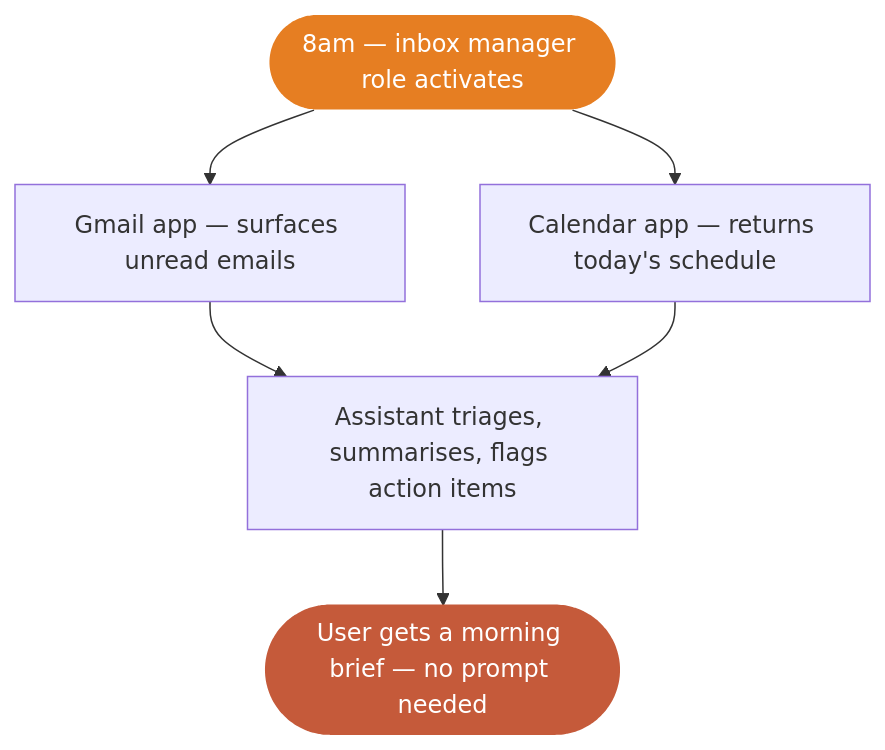
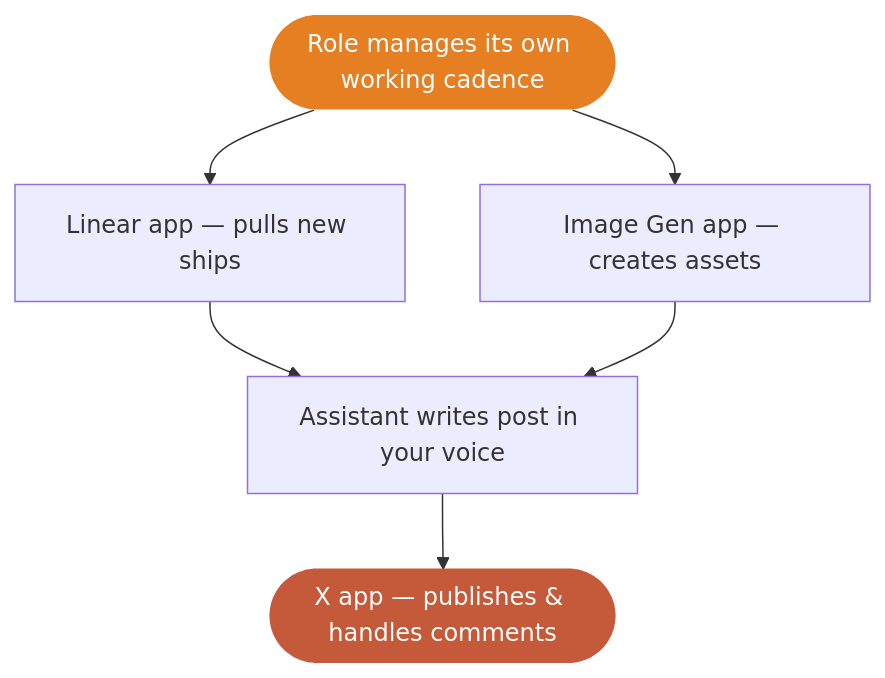
Before and after one commit to PeterAkande/orceum-docs: the third of 3 diagrams in introduction.mdx, drawn with Mermaid. The commit also changed other lines of this file and 18 other files, not shown here.

````diff
--- a/introduction.mdx
+++ b/introduction.mdx
@@ -94,13 +95,13 @@
 ```mermaid
 flowchart TD
-    T(["8am — inbox manager role activates"])
-    G["Gmail app — surfaces unread emails"]
-    C["Calendar app — returns today's schedule"]
-    O["Assistant triages, summarises, flags action items"]
-    B(["User gets a morning brief — no prompt needed"])
+    T(["Role manages its own working cadence"])
+    G["Linear app — pulls new ships"]
+    I["Image Gen app — creates assets"]
+    O["Assistant writes post in your voice"]
+    B(["X app — publishes & handles comments"])
 
-    T --> G & C --> O --> B
+    T --> G & I --> O --> B
 
     style T fill:#e67e22,color:#fff,stroke:none
     style B fill:#c55a3a,color:#fff,stroke:none
 ```
````
